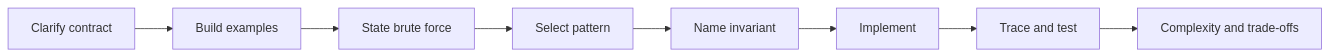
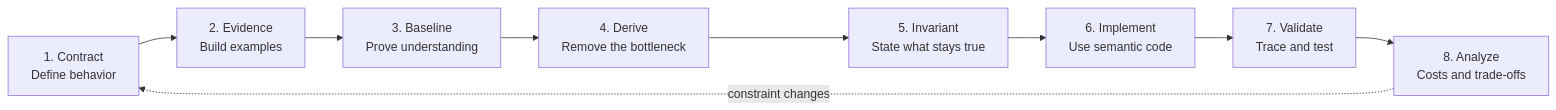
One commit to vinayreddykalluri/SDE2-Interview-Handbook changed the diagram in docs/backend-interview/01-programming-problem-solving/index.md. Above: the diagram before and after it, drawn with Mermaid. The commit also changed other lines of this file and 3 other files, not shown here.

````diff
--- a/docs/backend-interview/01-programming-problem-solving/index.md
+++ b/docs/backend-interview/01-programming-problem-solving/index.md
@@ -5,10 +10,11 @@
 ```mermaid
 flowchart LR
-    C["Clarify contract"] --> E["Build examples"]
-    E --> B["State brute force"]
-    B --> P["Select pattern"]
-    P --> I["Name invariant"]
-    I --> K["Implement"]
-    K --> T["Trace and test"]
-    T --> X["Complexity and trade-offs"]
+    C["1. Contract<br/>Define behavior"] --> E["2. Evidence<br/>Build examples"]
+    E --> B["3. Baseline<br/>Prove understanding"]
+    B --> D["4. Derive<br/>Remove the bottleneck"]
+    D --> I["5. Invariant<br/>State what stays true"]
+    I --> K["6. Implement<br/>Use semantic code"]
+    K --> V["7. Validate<br/>Trace and test"]
+    V --> A["8. Analyze<br/>Costs and trade-offs"]
+    A -. "constraint changes" .-> C
 ```
````
